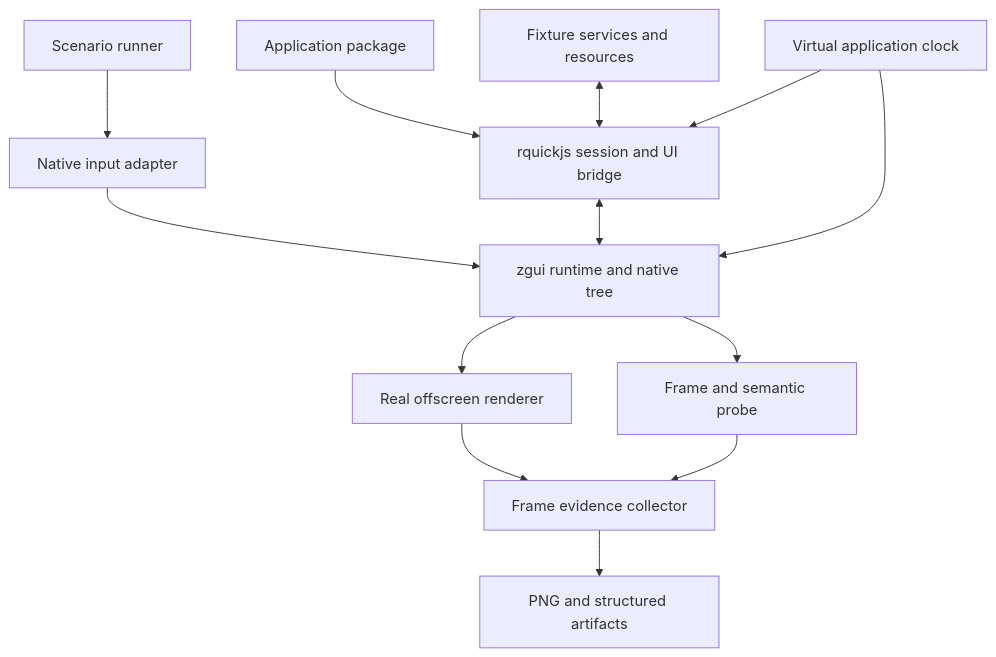
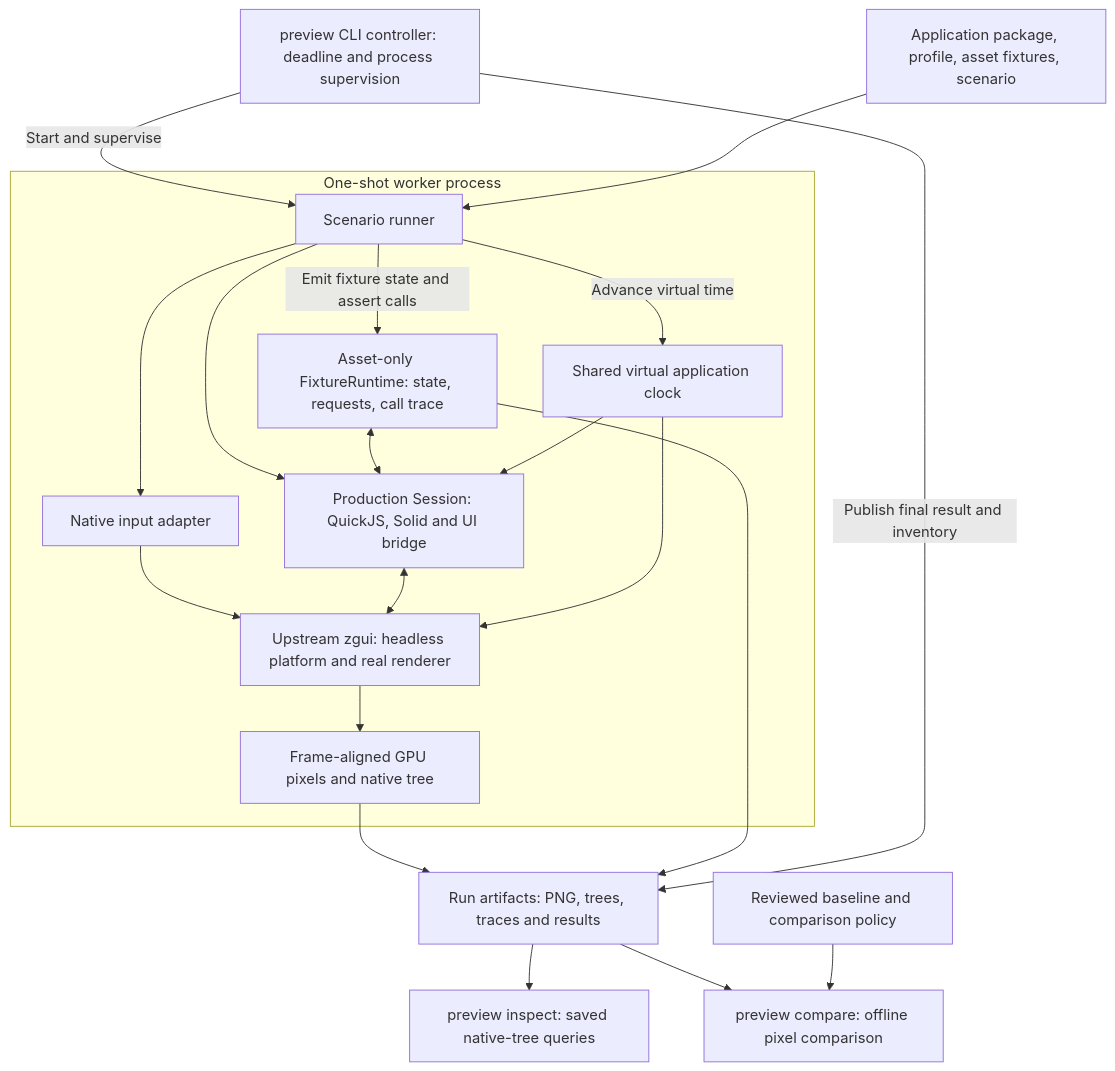
Before and after one commit to hewel/zgui-js: the diagram in docs/development/preview-mode.md, drawn with Mermaid. The commit also changed other lines of this file and 2 other files, not shown here.

Commit message:
docs: update project architecture diagrams
Document the build pipeline, owner-thread runtime boundaries, resource workers and shared native preview path. Clarify that platform and window-manager capabilities belong to upstream zgui.

```diff
--- a/docs/development/preview-mode.md
+++ b/docs/development/preview-mode.md
@@ -155,15 +157,32 @@
 ~~~mermaid
 flowchart TB
-    Bundle["Application package"] --> Session["rquickjs session and UI bridge"]
-    Scenario["Scenario runner"] --> Input["Native input adapter"]
-    Input --> Native["zgui runtime and native tree"]
-    Session <--> Native
-    Fixtures["Fixture services and resources"] <--> Session
-    Clock["Virtual application clock"] --> Session
-    Clock --> Native
-    Native --> Renderer["Real offscreen renderer"]
-    Native --> Probe["Frame and semantic probe"]
-    Renderer --> Evidence["Frame evidence collector"]
-    Probe --> Evidence
-    Evidence --> Output["PNG and structured artifacts"]
+    Controller["preview CLI controller: deadline and process supervision"]
+    Inputs["Application package, profile, asset fixtures, scenario"]
+    subgraph Worker["One-shot worker process"]
+        Runner["Scenario runner"]
+        Input["Native input adapter"]
+        Session["Production Session: QuickJS, Solid and UI bridge"]
+        Fixtures["Asset-only FixtureRuntime: state, requests, call trace"]
+        Clock["Shared virtual application clock"]
+        Native["Upstream zgui: headless platform and real renderer"]
+        Capture["Frame-aligned GPU pixels and native tree"]
+        Runner --> Session
+        Runner --> Input
+        Runner -->|Advance virtual time| Clock
+        Runner -->|Emit fixture state and assert calls| Fixtures
+        Input --> Native
+        Session <--> Native
+        Fixtures <--> Session
+        Clock --> Session
+        Clock --> Native
+        Native --> Capture
+    end
+    Controller -->|Start and supervise| Runner
+    Inputs --> Runner
+    Capture --> Artifacts["Run artifacts: PNG, trees, traces and results"]
+    Fixtures --> Artifacts
+    Controller -->|Publish final result and inventory| Artifacts
+    Artifacts --> Inspect["preview inspect: saved native-tree queries"]
+    Artifacts --> Compare["preview compare: offline pixel comparison"]
+    Baseline["Reviewed baseline and comparison policy"] --> Compare
 ~~~
```
